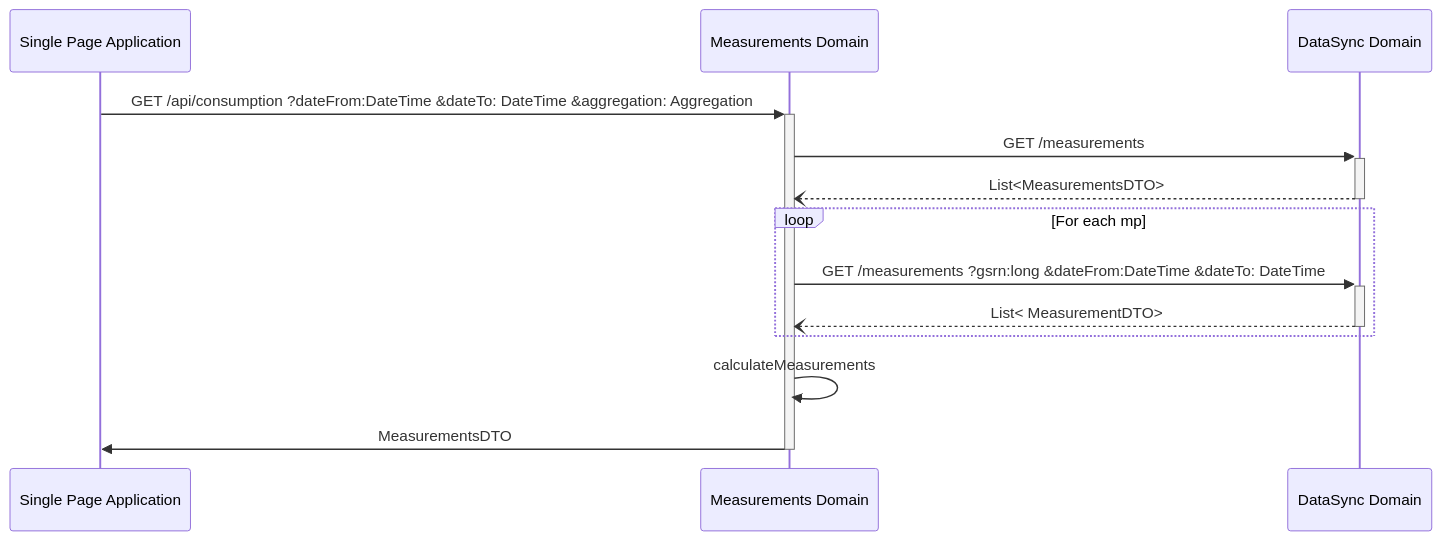
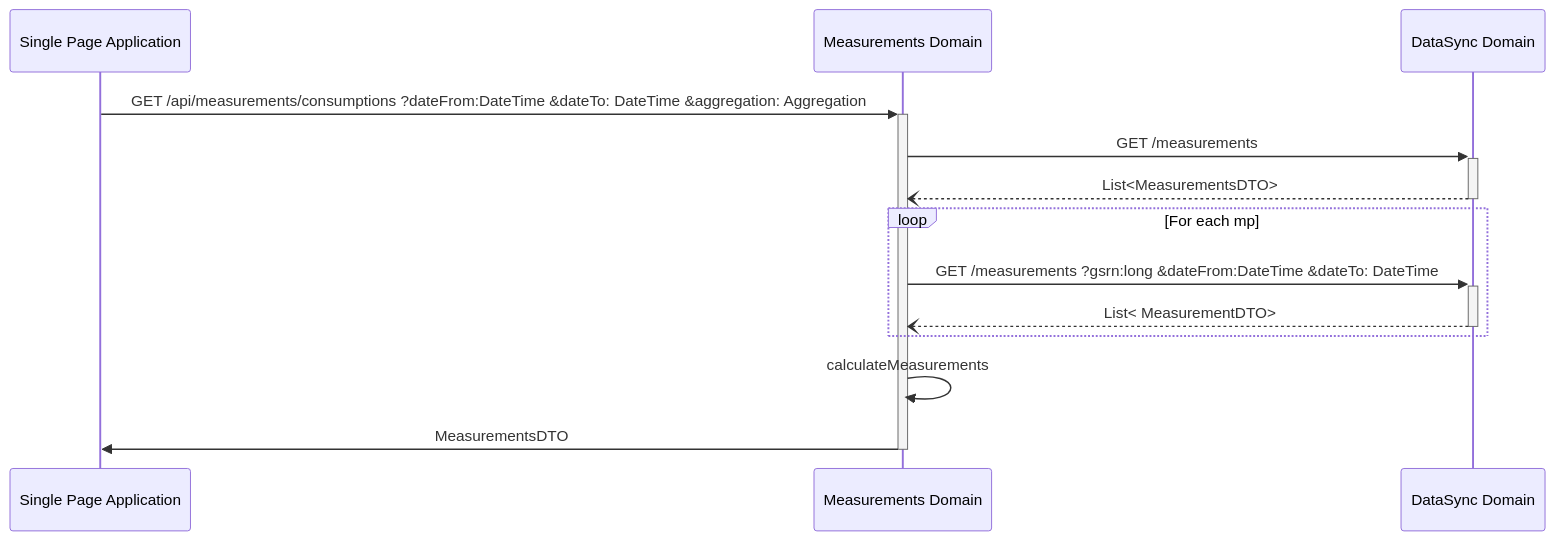
One commit to Energinet-DataHub/energy-origin changed the diagram in doc/api/measurements.md. Above: the diagram before and after it, drawn with Mermaid. The commit also changed other lines of this file and 1 other file, not shown here.

````diff
--- a/doc/api/measurements.md
+++ b/doc/api/measurements.md
@@ -40,21 +40,21 @@
 ```mermaid
 sequenceDiagram
     participant spa as Single Page Application
     participant em as Measurements Domain
     participant ds as DataSync Domain
 
-    spa->>+ em: GET /api/consumption  ?dateFrom:DateTime  &dateTo: DateTime &aggregation: Aggregation
+    spa->>+ em: GET /api/measurements/consumptions  ?dateFrom:DateTime  &dateTo: DateTime &aggregation: Aggregation
     
     em->>+ ds: GET /measurements
     ds--)- em: List<MeasurementsDTO>
     
     loop For each mp
       em ->>+ ds: GET /measurements ?gsrn:long &dateFrom:DateTime &dateTo: DateTime
         
       ds --)- em: List< MeasurementDTO>
     end
     em->> em: calculateMeasurements
 
     em->>- spa: MeasurementsDTO
 
 ```
````
